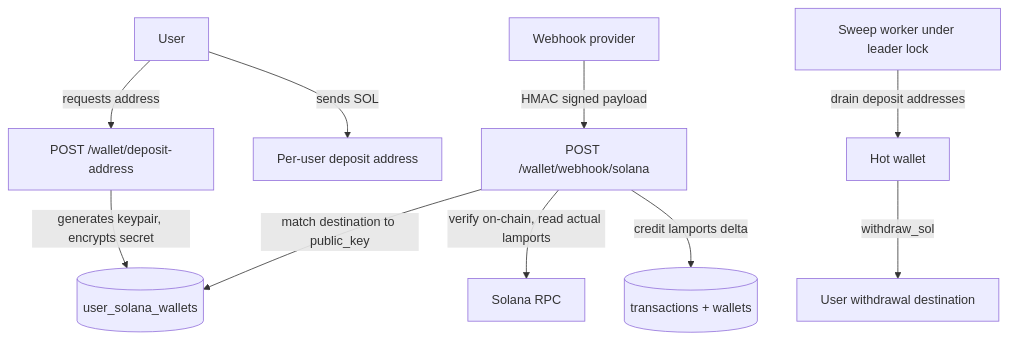
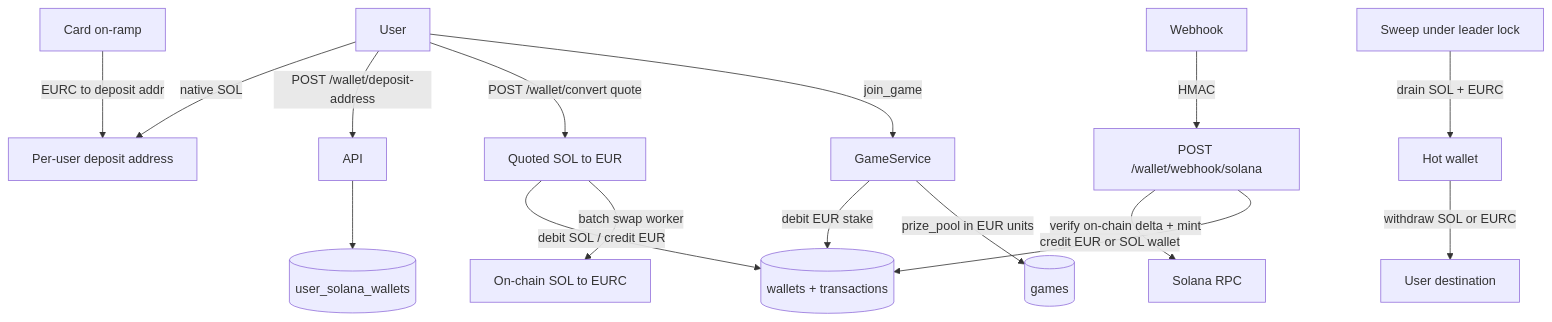
One commit to nirow1/Coin_flip_app changed the diagram in .cursor/plans/solana_wallet_hardening_1b526ddb.plan.md. Above: the diagram before and after it, drawn with Mermaid. The commit also changed other lines of this file, not shown here.

Commit message:
plan: - updated plan for solana and credit card payments

````diff
--- a/.cursor/plans/solana_wallet_hardening_1b526ddb.plan.md
+++ b/.cursor/plans/solana_wallet_hardening_1b526ddb.plan.md
@@ -39,12 +51,19 @@
 ```mermaid
 flowchart TD
-    User[User] -->|"requests address"| API[POST /wallet/deposit-address]
-    API -->|"generates keypair, encrypts secret"| DB[(user_solana_wallets)]
-    User -->|"sends SOL"| DepAddr[Per-user deposit address]
-    Provider[Webhook provider] -->|"HMAC signed payload"| Hook[POST /wallet/webhook/solana]
-    Hook -->|"match destination to public_key"| DB
-    Hook -->|"verify on-chain, read actual lamports"| RPC[Solana RPC]
-    Hook -->|"credit lamports delta"| Ledger[(transactions + wallets)]
-    Sweeper[Sweep worker under leader lock] -->|"drain deposit addresses"| Hot[Hot wallet]
-    Hot -->|"withdraw_sol"| Dest[User withdrawal destination]
+  User[User]
+  Card[Card on-ramp] -->|"EURC to deposit addr"| DepAddr[Per-user deposit address]
+  User -->|"native SOL"| DepAddr
+  User -->|"POST /wallet/deposit-address"| API[API]
+  API --> DB[(user_solana_wallets)]
+  Provider[Webhook] -->|"HMAC"| Hook[POST /wallet/webhook/solana]
+  Hook -->|"verify on-chain delta + mint"| RPC[Solana RPC]
+  Hook -->|"credit EUR or SOL wallet"| Ledger[(wallets + transactions)]
+  User -->|"POST /wallet/convert quote"| Conv[Quoted SOL to EUR]
+  Conv -->|"debit SOL / credit EUR"| Ledger
+  Conv -->|"batch swap worker"| Swap[On-chain SOL to EURC]
+  User -->|"join_game"| Game[GameService]
+  Game -->|"debit EUR stake"| Ledger
+  Game -->|"prize_pool in EUR units"| Games[(games)]
+  Sweeper[Sweep under leader lock] -->|"drain SOL + EURC"| Hot[Hot wallet]
+  Hot -->|"withdraw SOL or EURC"| Dest[User destination]
 ```
````
